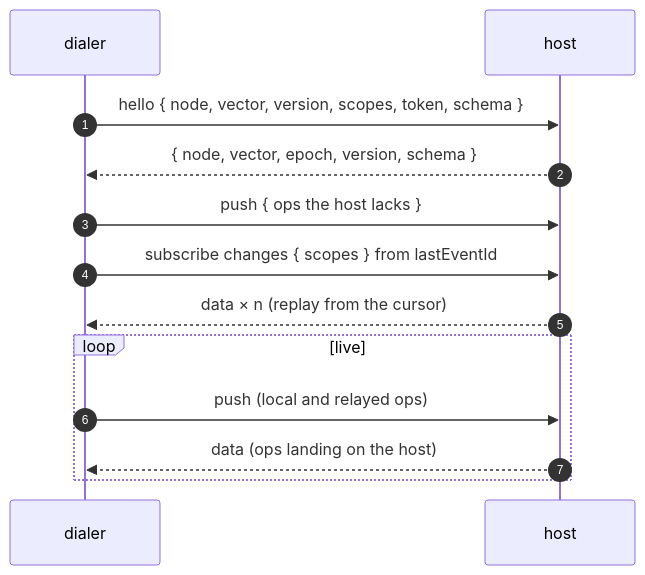
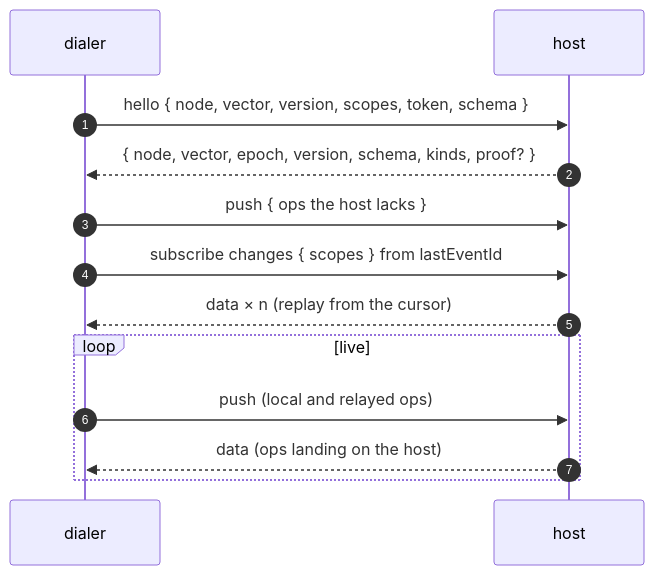
One commit to Alexis-Technologies/syncom changed the diagram in docs/guide/sync.md. Above: the diagram before and after it, drawn with Mermaid. The commit also changed other lines of this file and 484 other files, not shown here.

````diff
--- a/docs/guide/sync.md
+++ b/docs/guide/sync.md
@@ -357,15 +493,15 @@
 ```mermaid
 sequenceDiagram
   autonumber
   participant D as dialer
   participant H as host
   D->>H: hello { node, vector, version, scopes, token, schema }
-  H-->>D: { node, vector, epoch, version, schema }
+  H-->>D: { node, vector, epoch, version, schema, kinds, proof? }
   D->>H: push { ops the host lacks }
   D->>H: subscribe changes { scopes } from lastEventId
   H-->>D: data × n (replay from the cursor)
   loop live
     D->>H: push (local and relayed ops)
     H-->>D: data (ops landing on the host)
   end
 ```
````
